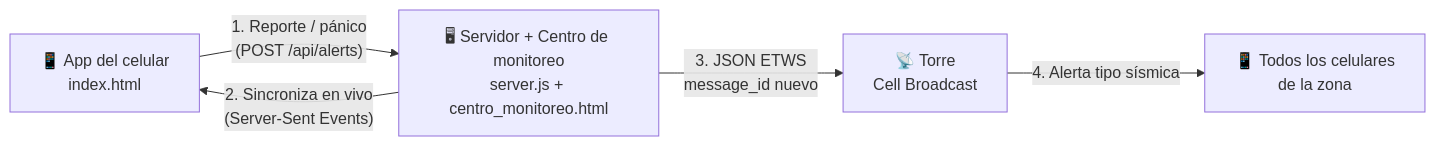
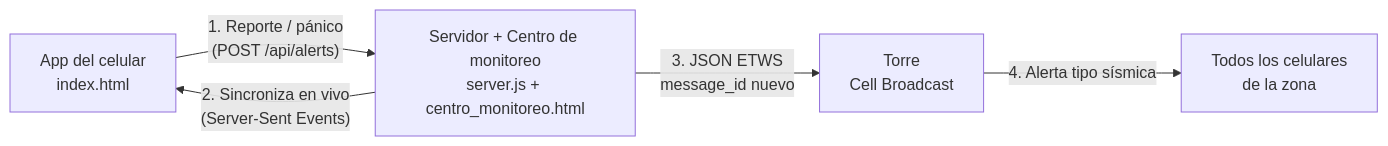
The first of 2 diagrams in README.md (RobloxCode/Alerta-Cerca), drawn with Mermaid before and after one commit. The commit also changed other lines of this file, not shown here.

````diff
--- a/README.md
+++ b/README.md
@@ -8,7 +8,7 @@
 ```mermaid
 flowchart LR
-    A["📱 App del celular<br/>index.html"] -- "1. Reporte / pánico<br/>(POST /api/alerts)" --> B["🖥 Servidor + Centro de monitoreo<br/>server.js + centro_monitoreo.html"]
+    A["App del celular<br/>index.html"] -- "1. Reporte / pánico<br/>(POST /api/alerts)" --> B[" Servidor + Centro de monitoreo<br/>server.js + centro_monitoreo.html"]
     B -- "2. Sincroniza en vivo<br/>(Server-Sent Events)" --> A
-    B -- "3. JSON ETWS<br/>message_id nuevo" --> C["📡 Torre<br/>Cell Broadcast"]
-    C -- "4. Alerta tipo sísmica" --> D["📱 Todos los celulares<br/>de la zona"]
+    B -- "3. JSON ETWS<br/>message_id nuevo" --> C["Torre<br/>Cell Broadcast"]
+    C -- "4. Alerta tipo sísmica" --> D["Todos los celulares<br/>de la zona"]
 ```
````
